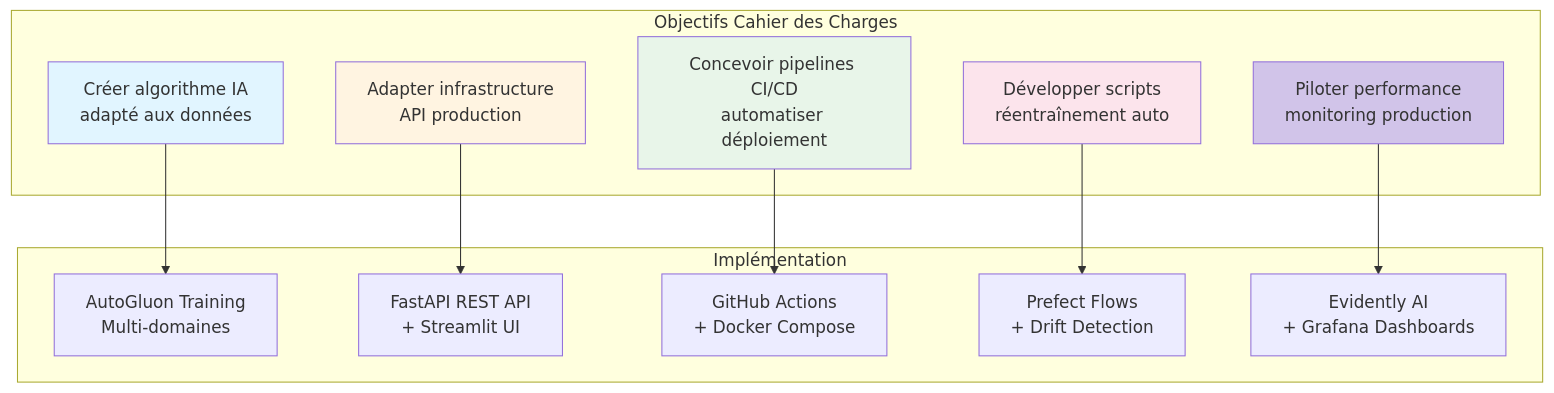
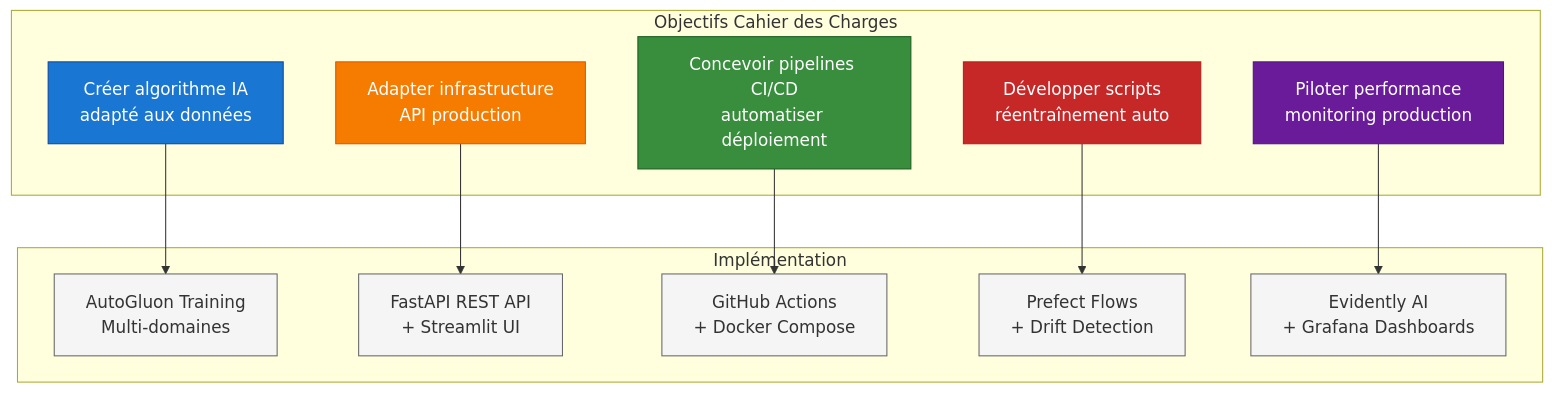
Before and after one commit to jinsudai/jinsudai: diagram 19 of 21 in docs/ARCHITECTURE_MLOPS.md, drawn with Mermaid. The commit also changed other lines of this file and 9 other files, not shown here.

````diff
--- a/docs/ARCHITECTURE_MLOPS.md
+++ b/docs/ARCHITECTURE_MLOPS.md
@@ -693,30 +777,37 @@
 ```mermaid
 graph TB
+    classDef objective1 fill:#1976D2,stroke:#0D47A1,color:#fff
+    classDef objective2 fill:#F57C00,stroke:#E65100,color:#fff
+    classDef objective3 fill:#388E3C,stroke:#1B5E20,color:#fff
+    classDef objective4 fill:#C62828,stroke:#B71C1C,color:#fff
+    classDef objective5 fill:#6A1B9A,stroke:#4A148C,color:#fff
+    classDef default fill:#f5f5f5,stroke:#666,color:#333
+
     subgraph "Objectifs Cahier des Charges"
         O1[Créer algorithme IA<br/>adapté aux données]
         O2[Adapter infrastructure<br/>API production]
         O3[Concevoir pipelines CI/CD<br/>automatiser déploiement]
         O4[Développer scripts<br/>réentraînement auto]
         O5[Piloter performance<br/>monitoring production]
     end
-    
+
     subgraph "Implémentation"
         I1[AutoGluon Training<br/>Multi-domaines]
         I2[FastAPI REST API<br/>+ Streamlit UI]
         I3[GitHub Actions<br/>+ Docker Compose]
         I4[Prefect Flows<br/>+ Drift Detection]
         I5[Evidently AI<br/>+ Grafana Dashboards]
     end
-    
+
     O1 --> I1
     O2 --> I2
     O3 --> I3
     O4 --> I4
     O5 --> I5
-    
-    style O1 fill:#e1f5ff
-    style O2 fill:#fff4e1
-    style O3 fill:#e8f5e9
-    style O4 fill:#fce4ec
-    style O5 fill:#d1c4e9
+
+    class O1 objective1
+    class O2 objective2
+    class O3 objective3
+    class O4 objective4
+    class O5 objective5
 ```
````
